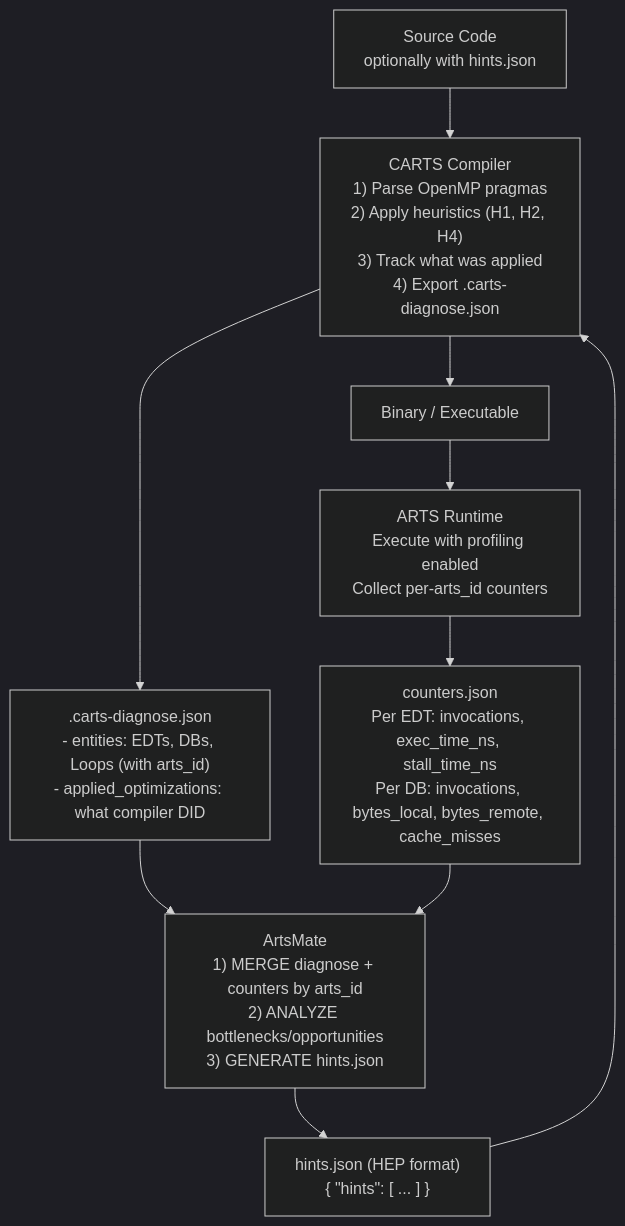
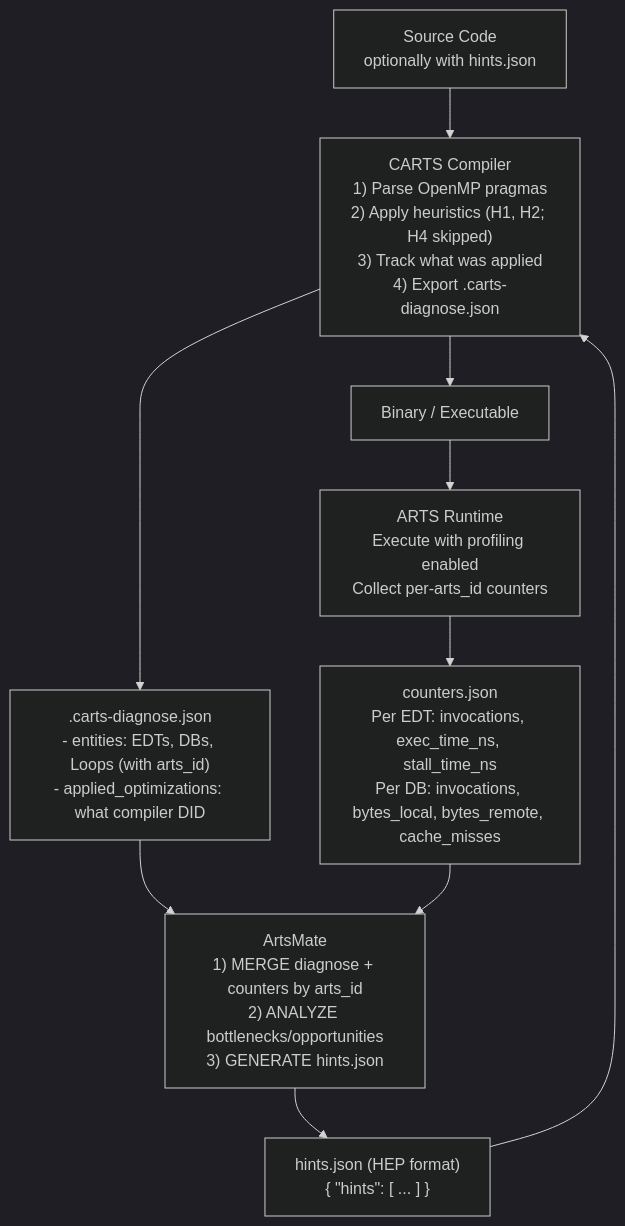
One commit to randreshg/carts changed the second of 2 diagrams in docs/profiling/diagnose-dataflow.md. Above: the diagram before and after it, drawn with Mermaid (dark theme). The commit also changed other lines of this file and 32 other files, not shown here.

````diff
--- a/docs/profiling/diagnose-dataflow.md
+++ b/docs/profiling/diagnose-dataflow.md
@@ -34,21 +34,21 @@
 ```mermaid
 flowchart TB
   SRC["Source Code<br/>optionally with hints.json"]
-  CARTS["CARTS Compiler<br/>1) Parse OpenMP pragmas<br/>2) Apply heuristics (H1, H2, H4)<br/>3) Track what was applied<br/>4) Export .carts-diagnose.json"]
+  CARTS["CARTS Compiler<br/>1) Parse OpenMP pragmas<br/>2) Apply heuristics (H1, H2; H4 skipped)<br/>3) Track what was applied<br/>4) Export .carts-diagnose.json"]
   DIAG[".carts-diagnose.json<br/>- entities: EDTs, DBs, Loops (with arts_id)<br/>- applied_optimizations: what compiler DID"]
   BIN["Binary / Executable"]
   ARTS["ARTS Runtime<br/>Execute with profiling enabled<br/>Collect per-arts_id counters"]
   COUNTERS["counters.json<br/>Per EDT: invocations, exec_time_ns, stall_time_ns<br/>Per DB: invocations, bytes_local, bytes_remote, cache_misses"]
   AM["ArtsMate<br/>1) MERGE diagnose + counters by arts_id<br/>2) ANALYZE bottlenecks/opportunities<br/>3) GENERATE hints.json"]
   HINTS["hints.json (HEP format)<br/>{ &quot;hints&quot;: [ ... ] }"]
 
   SRC --> CARTS
   CARTS --> DIAG
   CARTS --> BIN
   BIN --> ARTS
   ARTS --> COUNTERS
   DIAG --> AM
   COUNTERS --> AM
   AM --> HINTS
   HINTS --> CARTS
 ```
````
